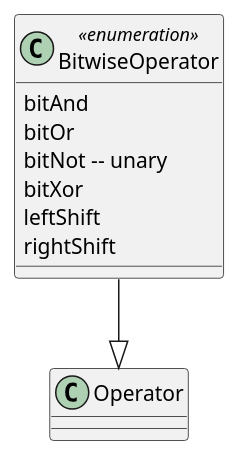
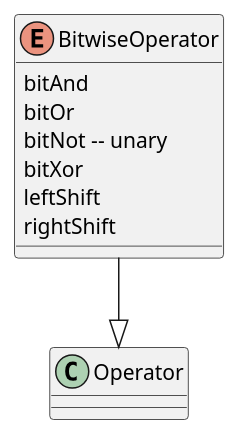
One commit to opengeospatial/styles-and-symbology changed the second of 3 diagrams in core/sections/clause_17_operations.adoc. Above: the diagram before and after it, drawn with PlantUML. The commit also changed other lines of this file and 8 other files, not shown here.

Commit message:
correction to plantuml naming conventions

```diff
--- a/core/sections/clause_17_operations.adoc
+++ b/core/sections/clause_17_operations.adoc
@@ -49,11 +49,11 @@
 [plantuml, target=diagram-classes, format=png]
 ....
-class BitwiseOperator <<enumeration>>
+enum BitwiseOperator
 BitwiseOperator --|> Operator
 BitwiseOperator : bitAnd
 BitwiseOperator : bitOr
 BitwiseOperator : bitNot -- unary
 BitwiseOperator : bitXor
 BitwiseOperator : leftShift
 BitwiseOperator : rightShift
 ....
```
